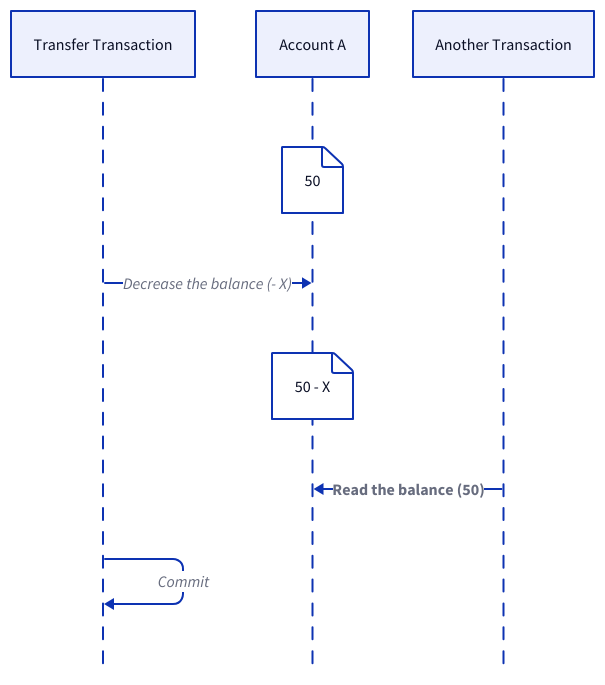
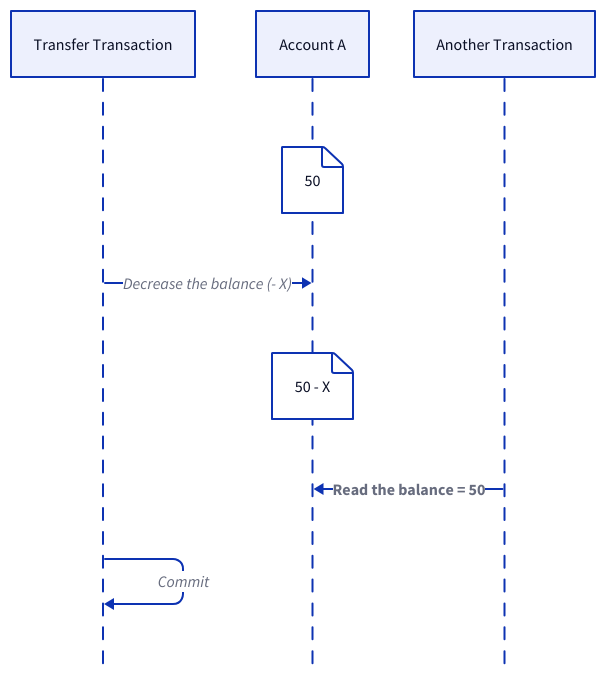
Before and after one commit to link1905/system-design-101: the fourth of 23 diagrams in content/data-persistence/sql-database/concurrency-control.md, drawn with D2. The commit also changed other lines of this file and 13 other files, not shown here.

````diff
--- a/content/data-persistence/sql-database/concurrency-control.md
+++ b/content/data-persistence/sql-database/concurrency-control.md
@@ -136,17 +137,17 @@
 ```d2
 shape: sequence_diagram
 t: Transfer Transaction
 a: Account A
 t1: Another Transaction
 a {
   "50"
 }
 t -> a: Decrease the balance (- X)
 a {
   "50 - X"
 }
-t1 -> a: Read the balance (50) {
+t1 -> a: Read the balance = 50 {
   style.bold: true
 }
 t -> t: Commit
 ```
````
